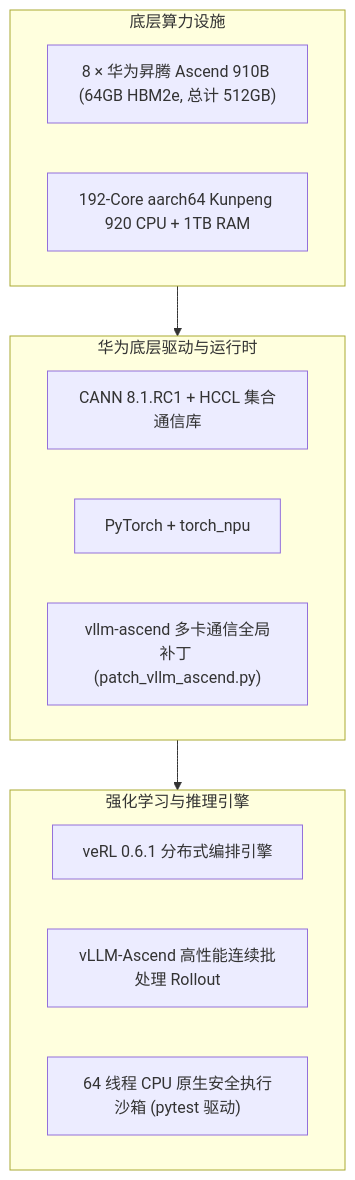
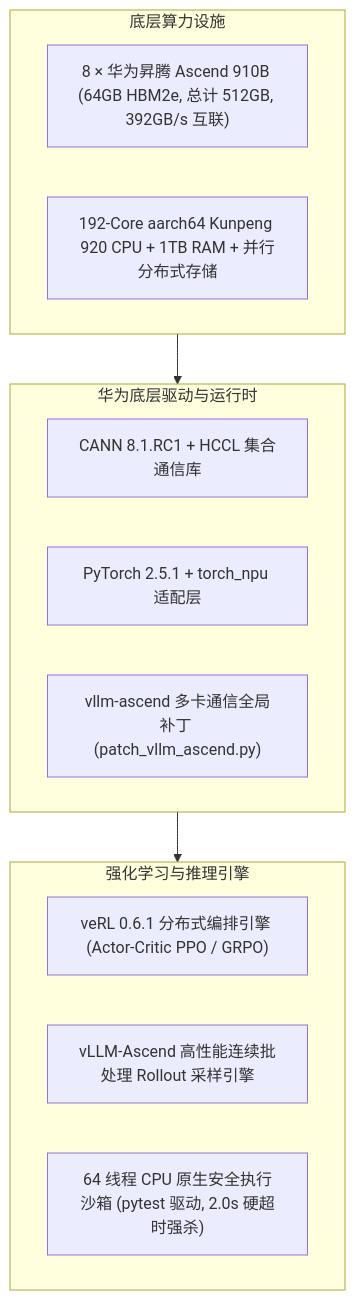
Before and after one commit to hujiabao200612-glitch/Ascend-910B-PPO-RLHF: the first of 3 diagrams in README.md, drawn with Mermaid. The commit also changed other lines of this file and 36 other files, not shown here.

````diff
--- a/README.md
+++ b/README.md
@@ -46,21 +84,21 @@
 ```mermaid
 flowchart TB
     subgraph Hardware["底层算力设施"]
-        NPU["8 × 华为昇腾 Ascend 910B (64GB HBM2e, 总计 512GB)"]
-        CPU["192-Core aarch64 Kunpeng 920 CPU + 1TB RAM"]
+        NPU["8 × 华为昇腾 Ascend 910B (64GB HBM2e, 总计 512GB, 392GB/s 互联)"]
+        CPU["192-Core aarch64 Kunpeng 920 CPU + 1TB RAM + 并行分布式存储"]
     end
 
     subgraph Runtime["华为底层驱动与运行时"]
         CANN["CANN 8.1.RC1 + HCCL 集合通信库"]
-        TorchNPU["PyTorch + torch_npu"]
+        TorchNPU["PyTorch 2.5.1 + torch_npu 适配层"]
         Patch["vllm-ascend 多卡通信全局补丁 (patch_vllm_ascend.py)"]
     end
 
     subgraph RLVR_Framework["强化学习与推理引擎"]
-        veRL["veRL 0.6.1 分布式编排引擎"]
-        vLLM["vLLM-Ascend 高性能连续批处理 Rollout"]
-        Sandbox["64 线程 CPU 原生安全执行沙箱 (pytest 驱动)"]
+        veRL["veRL 0.6.1 分布式编排引擎 (Actor-Critic PPO / GRPO)"]
+        vLLM["vLLM-Ascend 高性能连续批处理 Rollout 采样引擎"]
+        Sandbox["64 线程 CPU 原生安全执行沙箱 (pytest 驱动, 2.0s 硬超时强杀)"]
     end
 
     Hardware --> Runtime --> RLVR_Framework
 ```
````
